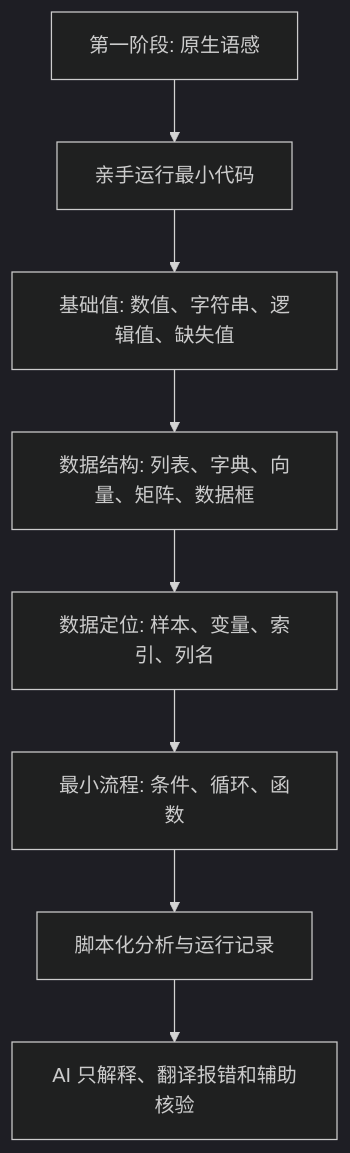
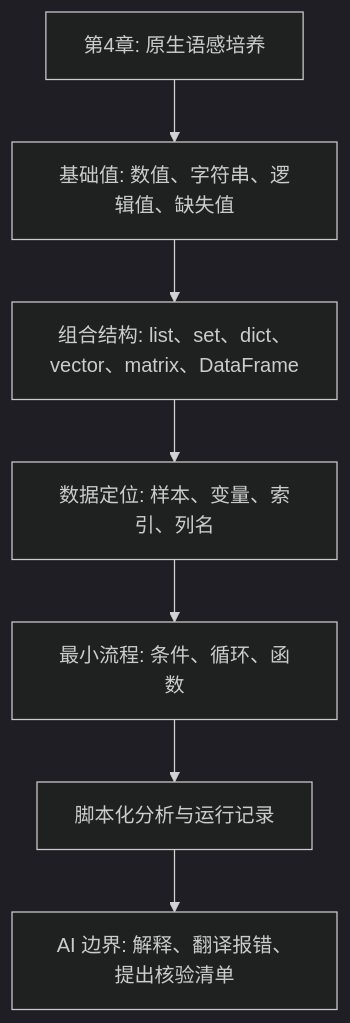
Before and after one commit to luvega/AI_MED_DataVis: the first of 2 diagrams in docs/chapters/chapter-4/index.md, drawn with Mermaid (dark theme). The commit also changed other lines of this file and 8 other files, not shown here.

````diff
--- a/docs/chapters/chapter-4/index.md
+++ b/docs/chapters/chapter-4/index.md
@@ -70,10 +61,9 @@
 ```mermaid
 flowchart TD
-    A["第一阶段: 原生语感"] --> B["亲手运行最小代码"]
-    B --> C["基础值: 数值、字符串、逻辑值、缺失值"]
-    C --> D["数据结构: 列表、字典、向量、矩阵、数据框"]
-    D --> E["数据定位: 样本、变量、索引、列名"]
-    E --> F["最小流程: 条件、循环、函数"]
-    F --> G["脚本化分析与运行记录"]
-    G --> H["AI 只解释、翻译报错和辅助核验"]
+    A["第4章: 原生语感培养"] --> B["基础值: 数值、字符串、逻辑值、缺失值"]
+    B --> C["组合结构: list、set、dict、vector、matrix、DataFrame"]
+    C --> D["数据定位: 样本、变量、索引、列名"]
+    D --> E["最小流程: 条件、循环、函数"]
+    E --> F["脚本化分析与运行记录"]
+    F --> G["AI 边界: 解释、翻译报错、提出核验清单"]
 ```
````
